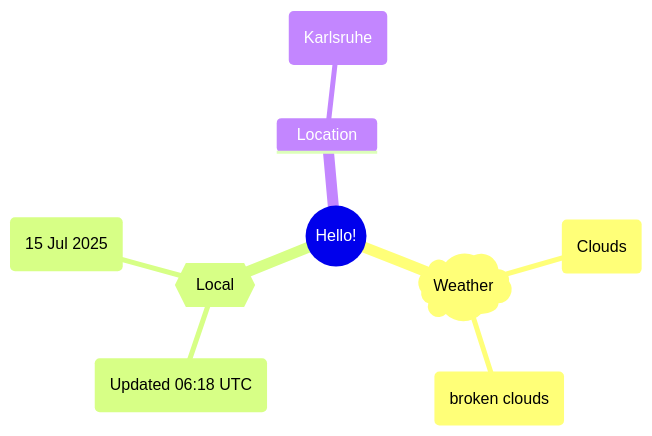
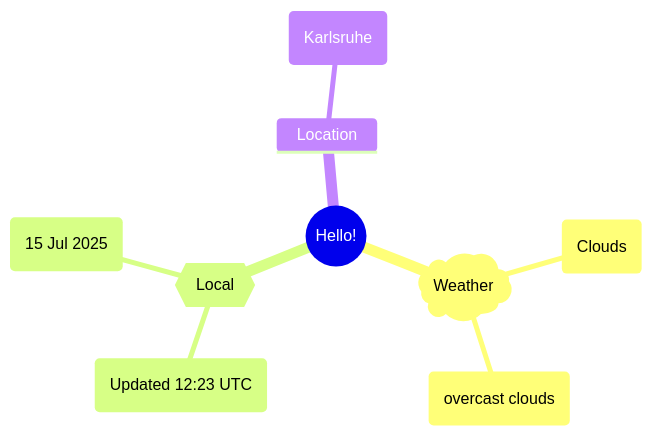
The first of 2 diagrams in README.md (Xosrov/Xosrov), drawn with Mermaid before and after one commit.

Commit message:
[bot] updated images

````diff
--- a/README.md
+++ b/README.md
@@ -3,12 +3,12 @@
 ```mermaid
 mindmap
   root((Hello!))
     )Weather(
         (Clouds)
-        (broken clouds)
+        (overcast clouds)
     {{Local}}
-        (Updated 06:18 UTC)
+        (Updated 12:23 UTC)
         (15 Jul 2025)
     Location
         (Karlsruhe)
 ```
````
